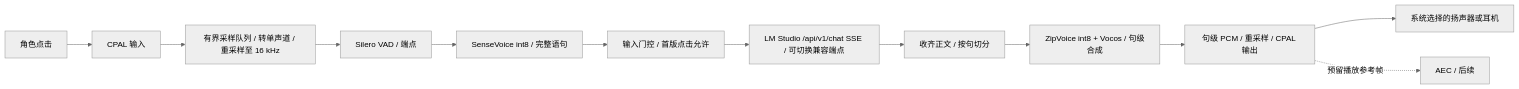
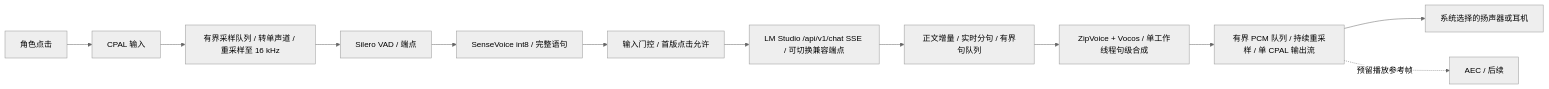
The diagram in docs/19-p3-voice-pipeline.md (Abandon-ht/DesktopPet), drawn with Mermaid (neutral theme) before and after one commit. The commit also changed other lines of this file and 6 other files, not shown here.

````diff
--- a/docs/19-p3-voice-pipeline.md
+++ b/docs/19-p3-voice-pipeline.md
@@ -9,14 +9,14 @@
 ```mermaid
 flowchart LR
   CLICK[角色点击] --> MIC[CPAL 输入]
   MIC --> R[有界采样队列 / 转单声道 / 重采样至 16 kHz]
   R --> V[Silero VAD / 端点]
   V --> A[SenseVoice int8 / 完整语句]
   A --> G[输入门控 / 首版点击允许]
   G --> L[LM Studio /api/v1/chat SSE / 可切换兼容端点]
-  L --> S[收齐正文 / 按句切分]
-  S --> T[ZipVoice int8 + Vocos / 句级合成]
-  T --> O[句级 PCM / 重采样 / CPAL 输出]
+  L --> S[正文增量 / 实时分句 / 有界句队列]
+  S --> T[ZipVoice + Vocos / 单工作线程句级合成]
+  T --> O[有界 PCM 队列 / 持续重采样 / 单 CPAL 输出流]
   O --> SP[系统选择的扬声器或耳机]
   O -. 预留播放参考帧 .-> E[AEC / 后续]
 ```
````
